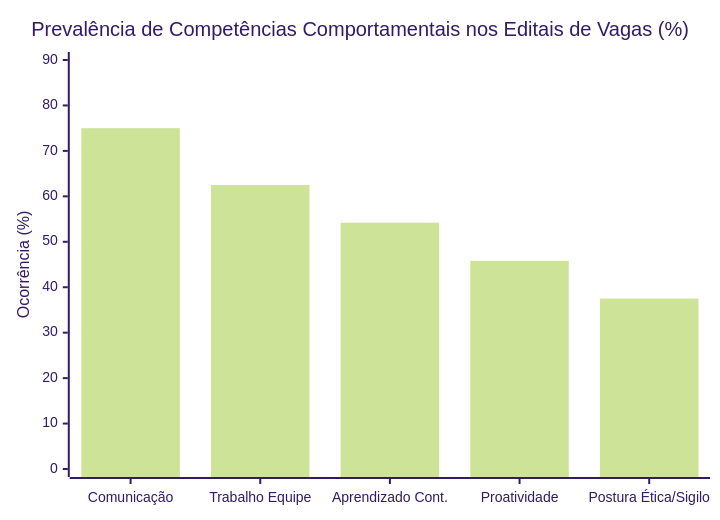
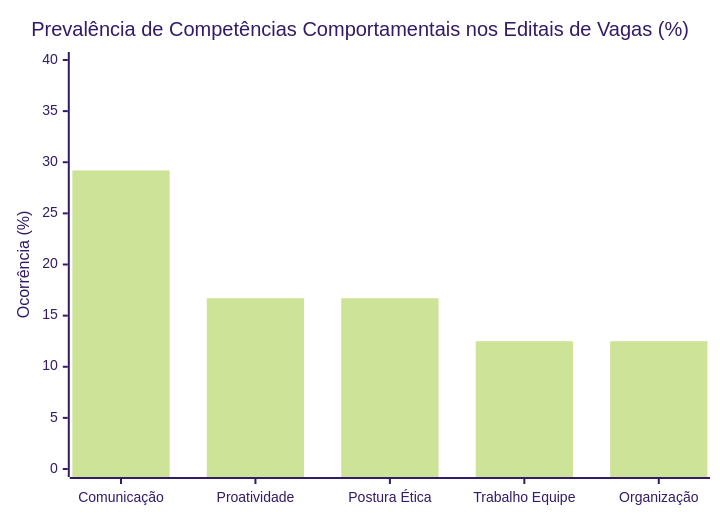
The second of 4 diagrams in 01_mercado/dossie_mercado.md (iGabrielCampos/Projeto_Integrador), drawn with Mermaid (forest theme) before and after one commit. The commit also changed other lines of this file and 21 other files, not shown here.

````diff
--- a/01_mercado/dossie_mercado.md
+++ b/01_mercado/dossie_mercado.md
@@ -143,7 +143,7 @@
 ```mermaid
 xychart-beta
     title "Prevalência de Competências Comportamentais nos Editais de Vagas (%)"
-    x-axis ["Comunicação", "Trabalho Equipe", "Aprendizado Cont.", "Proatividade", "Postura Ética/Sigilo"]
-    y-axis "Ocorrência (%)" 0 --> 90
-    bar [75.0, 62.5, 54.2, 45.8, 37.5]
+    x-axis ["Comunicação", "Proatividade", "Postura Ética", "Trabalho Equipe", "Organização"]
+    y-axis "Ocorrência (%)" 0 --> 40
+    bar [29.2, 16.7, 16.7, 12.5, 12.5]
 ```
````
